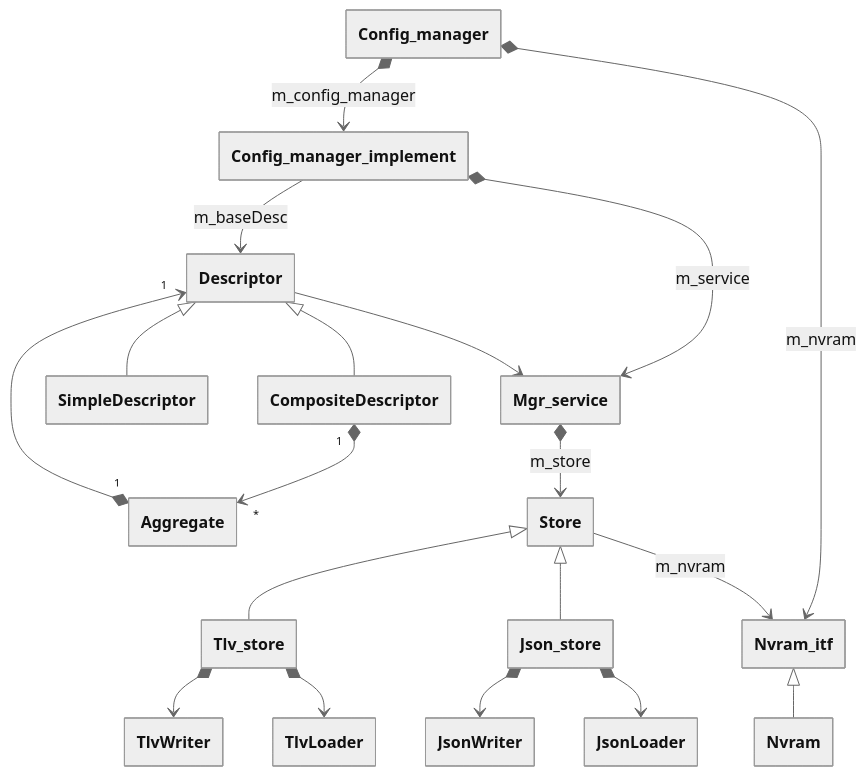
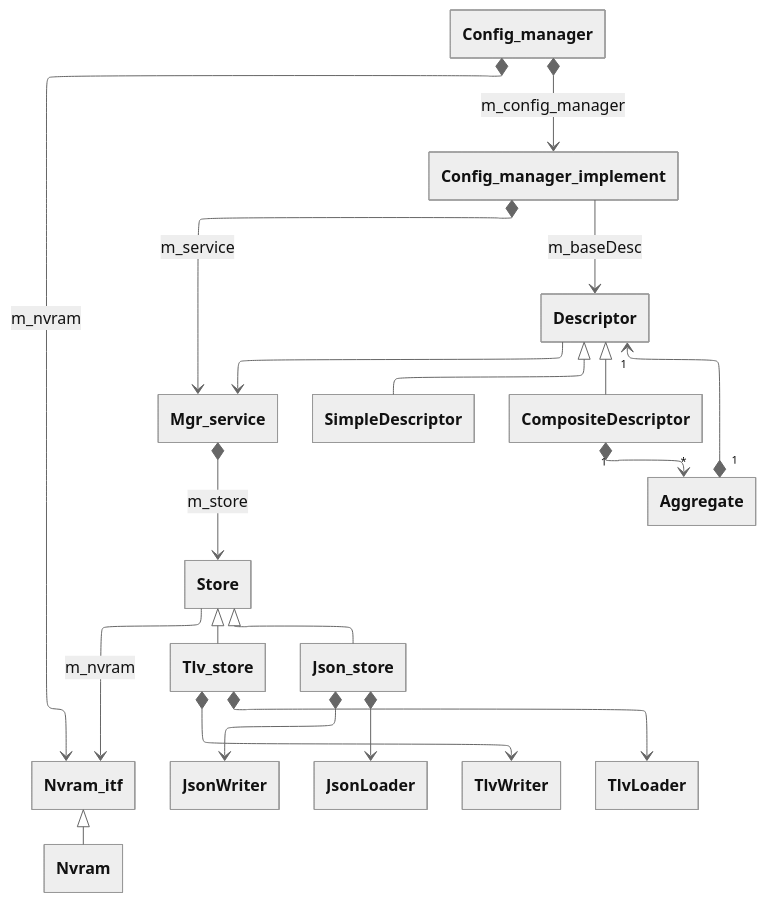
One commit to ferdi-pienaar/config_store changed the third of 3 diagrams in README.md. Above: the diagram before and after it, drawn with Mermaid (neutral theme). The commit also changed other lines of this file and 5 other files, not shown here.

````diff
--- a/README.md
+++ b/README.md
@@ -147,29 +148,30 @@
 ```mermaid
 ---
 config:
+  layout: elk
   class:
     hideEmptyMembersBox: true
 ---
 
 classDiagram
     Config_manager *--> Config_manager_implement : m_config_manager
     Config_manager *--> Nvram_itf : m_nvram
     Config_manager_implement --> Descriptor : m_baseDesc
     Config_manager_implement *--> Mgr_service : m_service
 
     Descriptor <|-- Simple Descriptor
     Descriptor <|-- Composite Descriptor
     Descriptor --> Mgr_service
     Aggregate "1" *--> "1" Descriptor
     Composite Descriptor "1" *--> "*" Aggregate
 
     Mgr_service *--> Store : m_store
     Store <|-- Tlv_store
     Store <|-- Json_store
     Store --> Nvram_itf : m_nvram
     Nvram_itf <|-- Nvram
     Json_store *--> JsonWriter
     Json_store *--> JsonLoader
     Tlv_store *--> TlvWriter
     Tlv_store *--> TlvLoader
 ```
````
